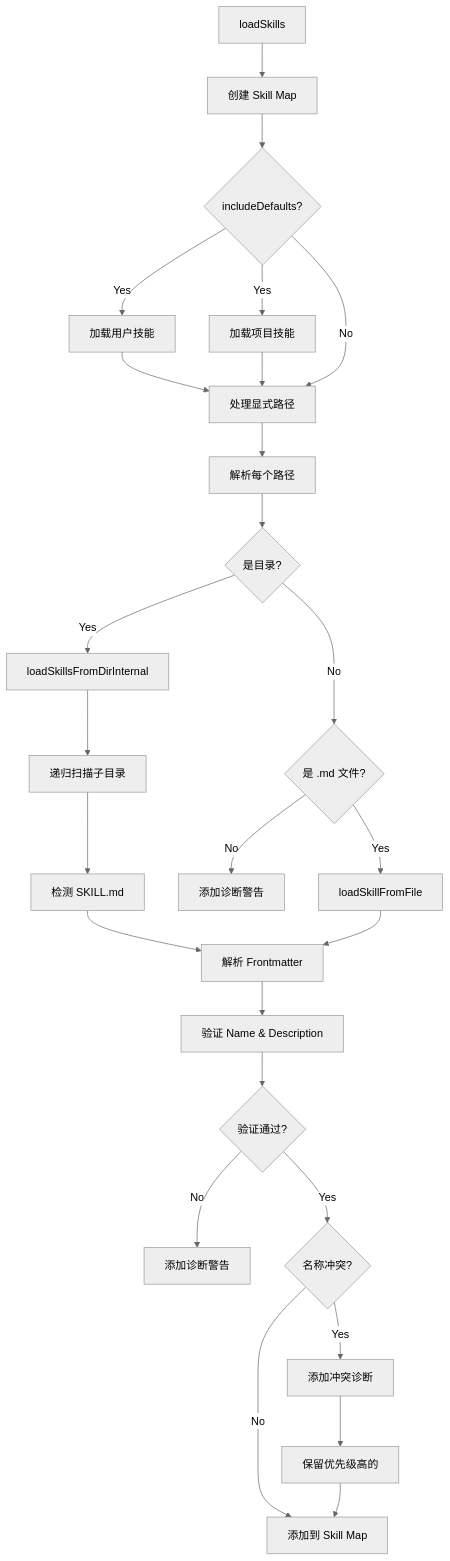
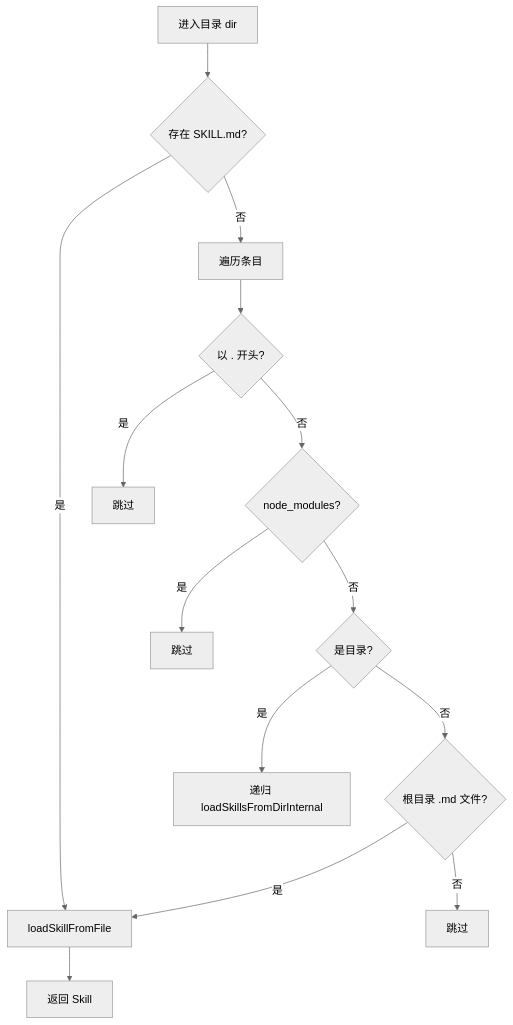
The second of 5 diagrams in _LEARN/04-subsystems/05-skills-system.md (StrayDragon/pi-mono), drawn with Mermaid (neutral theme) before and after one commit. The commit also changed other lines of this file and 42 other files, not shown here.

````diff
--- a/_LEARN/04-subsystems/05-skills-system.md
+++ b/_LEARN/04-subsystems/05-skills-system.md
@@ -246,28 +78,16 @@
 ```mermaid
 flowchart TD
-    A[loadSkills] --> B[创建 Skill Map]
-    B --> C{includeDefaults?}
-    C -->|Yes| D[加载用户技能]
-    C -->|Yes| E[加载项目技能]
-    D --> F[处理显式路径]
-    E --> F
-    C -->|No| F
-    F --> G[解析每个路径]
-    G --> H{是目录?}
-    H -->|Yes| I[loadSkillsFromDirInternal]
-    H -->|No| J{是 .md 文件?}
-    J -->|Yes| K[loadSkillFromFile]
-    J -->|No| L[添加诊断警告]
-    I --> M[递归扫描子目录]
-    M --> N[检测 SKILL.md]
-    N --> O[解析 Frontmatter]
-    K --> O
-    O --> P[验证 Name & Description]
-    P --> Q{验证通过?}
-    Q -->|No| R[添加诊断警告]
-    Q -->|Yes| S{名称冲突?}
-    S -->|Yes| T[添加冲突诊断]
-    S -->|No| U[添加到 Skill Map]
-    T --> V[保留优先级高的]
-    V --> U
+    START[进入目录 dir] --> HAS{存在 SKILL.md?}
+    HAS -->|是| LOAD[loadSkillFromFile]
+    HAS -->|否| SCAN[遍历条目]
+    SCAN --> DOT{以 . 开头?}
+    DOT -->|是| SKIP1[跳过]
+    DOT -->|否| NM{node_modules?}
+    NM -->|是| SKIP2[跳过]
+    NM -->|否| DIR{是目录?}
+    DIR -->|是| RECUR[递归 loadSkillsFromDirInternal]
+    DIR -->|否| MD{根目录 .md 文件?}
+    MD -->|是| LOAD
+    MD -->|否| SKIP3[跳过]
+    LOAD --> END[返回 Skill]
 ```
````
